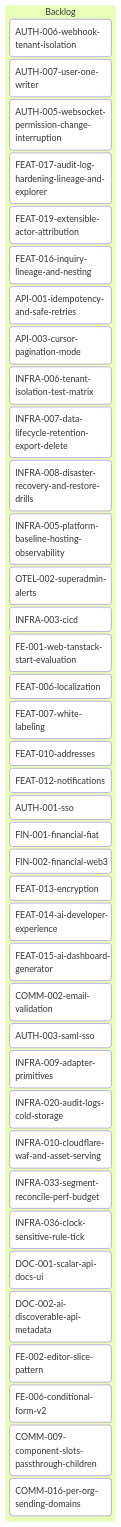
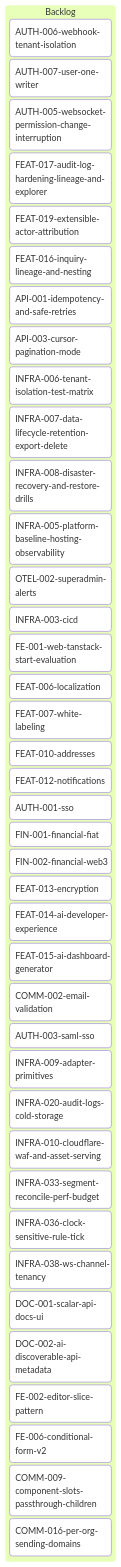
Before and after one commit to inixiative/template: the diagram in tickets/kanban-backlog.md, drawn with Mermaid. The commit also changed other lines of this file and 27 other files, not shown here.

````diff
--- a/tickets/kanban-backlog.md
+++ b/tickets/kanban-backlog.md
@@ -3,47 +3,48 @@
 ```mermaid
 ---
 config:
   kanban:
     ticketBaseUrl: 'https://github.com/yourorg/template/blob/main/tickets/#TICKET#'
 ---
 kanban
   Backlog
     AUTH-006-webhook-tenant-isolation
     AUTH-007-user-one-writer
     AUTH-005-websocket-permission-change-interruption
     FEAT-017-audit-log-hardening-lineage-and-explorer
     FEAT-019-extensible-actor-attribution
     FEAT-016-inquiry-lineage-and-nesting
     API-001-idempotency-and-safe-retries
     API-003-cursor-pagination-mode
     INFRA-006-tenant-isolation-test-matrix
     INFRA-007-data-lifecycle-retention-export-delete
     INFRA-008-disaster-recovery-and-restore-drills
     INFRA-005-platform-baseline-hosting-observability
     OTEL-002-superadmin-alerts
     INFRA-003-cicd
     FE-001-web-tanstack-start-evaluation
     FEAT-006-localization
     FEAT-007-white-labeling
     FEAT-010-addresses
     FEAT-012-notifications
     AUTH-001-sso
     FIN-001-financial-fiat
     FIN-002-financial-web3
     FEAT-013-encryption
     FEAT-014-ai-developer-experience
     FEAT-015-ai-dashboard-generator
     COMM-002-email-validation
     AUTH-003-saml-sso
     INFRA-009-adapter-primitives
     INFRA-020-audit-logs-cold-storage
     INFRA-010-cloudflare-waf-and-asset-serving
     INFRA-033-segment-reconcile-perf-budget
     INFRA-036-clock-sensitive-rule-tick
+    INFRA-038-ws-channel-tenancy
     DOC-001-scalar-api-docs-ui
     DOC-002-ai-discoverable-api-metadata
     FE-002-editor-slice-pattern
     FE-006-conditional-form-v2
     COMM-009-component-slots-passthrough-children
     COMM-016-per-org-sending-domains
 ```
````
